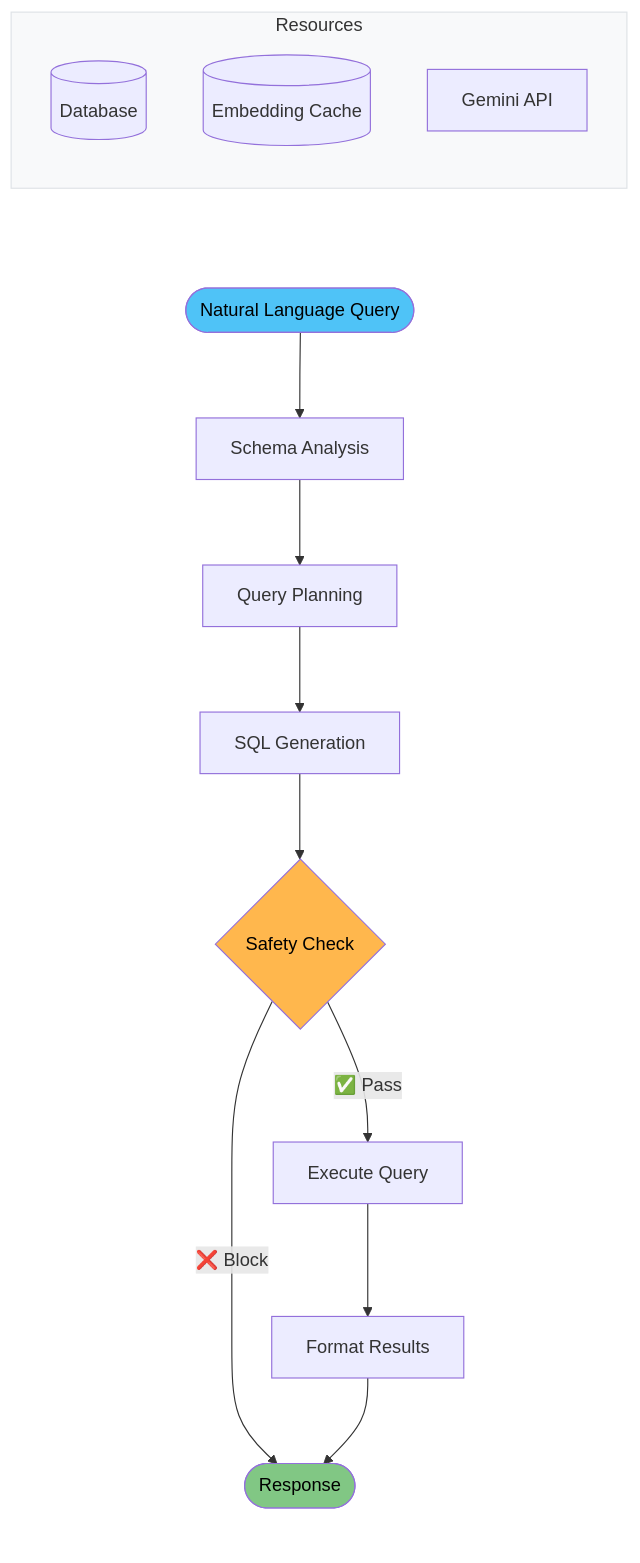
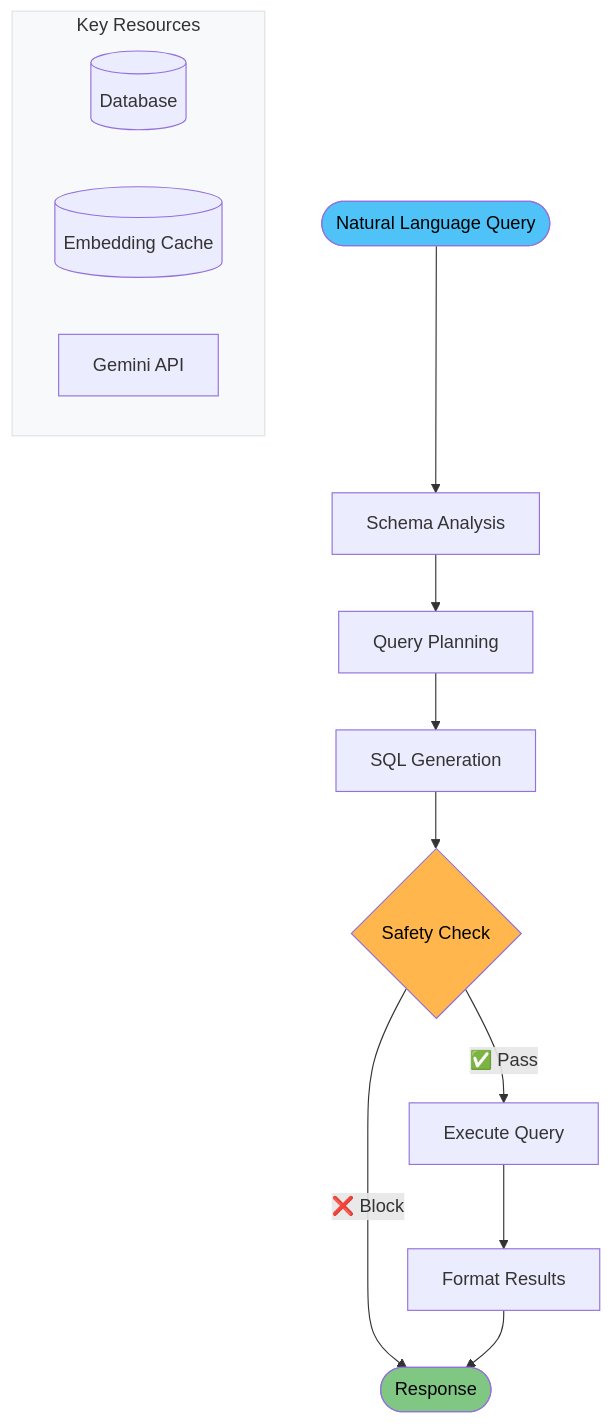
The diagram in README.md (keo571/netquery), drawn with Mermaid before and after one commit.

Commit message:
Fix Mermaid syntax error causing render failure
- Remove complex nested subgraph structure that was breaking parsing
- Keep simple top-down flowchart with main pipeline
- Add resources as single subgraph on the side
- Fix syntax errors that prevented GitHub rendering
- Maintain clean top-down flow and resource visibility
- Now renders correctly on GitHub

🤖 Generated with [Claude Code](https://claude.ai/code)

````diff
--- a/README.md
+++ b/README.md
@@ -7,27 +7,22 @@
 ```mermaid
-flowchart LR
-    subgraph pipeline [" "]
-        direction TD
-        A([Natural Language Query]) --> B[Schema Analysis]
-        B --> C[Query Planning] 
-        C --> D[SQL Generation]
-        D --> E{Safety Check}
-        E -->|✅ Pass| F[Execute Query]
-        E -->|❌ Block| H
-        F --> G[Format Results]
-        G --> H([Response])
-    end
+flowchart TD
+    A([Natural Language Query]) --> B[Schema Analysis]
+    B --> C[Query Planning] 
+    C --> D[SQL Generation]
+    D --> E{Safety Check}
+    E -->|✅ Pass| F[Execute Query]
+    E -->|❌ Block| H
+    F --> G[Format Results]
+    G --> H([Response])
     
-    subgraph resources ["Resources"]
-        direction TD
+    subgraph resources ["Key Resources"]
         DB[(Database)]
         CACHE[(Embedding Cache)]
         LLM[Gemini API]
     end
     
     style A fill:#4FC3F7,color:#000
     style H fill:#81C784,color:#000
     style E fill:#FFB74D,color:#000
-    style pipeline fill:none,stroke:none
     style resources fill:#f8f9fa,stroke:#dee2e6
 ```
````
